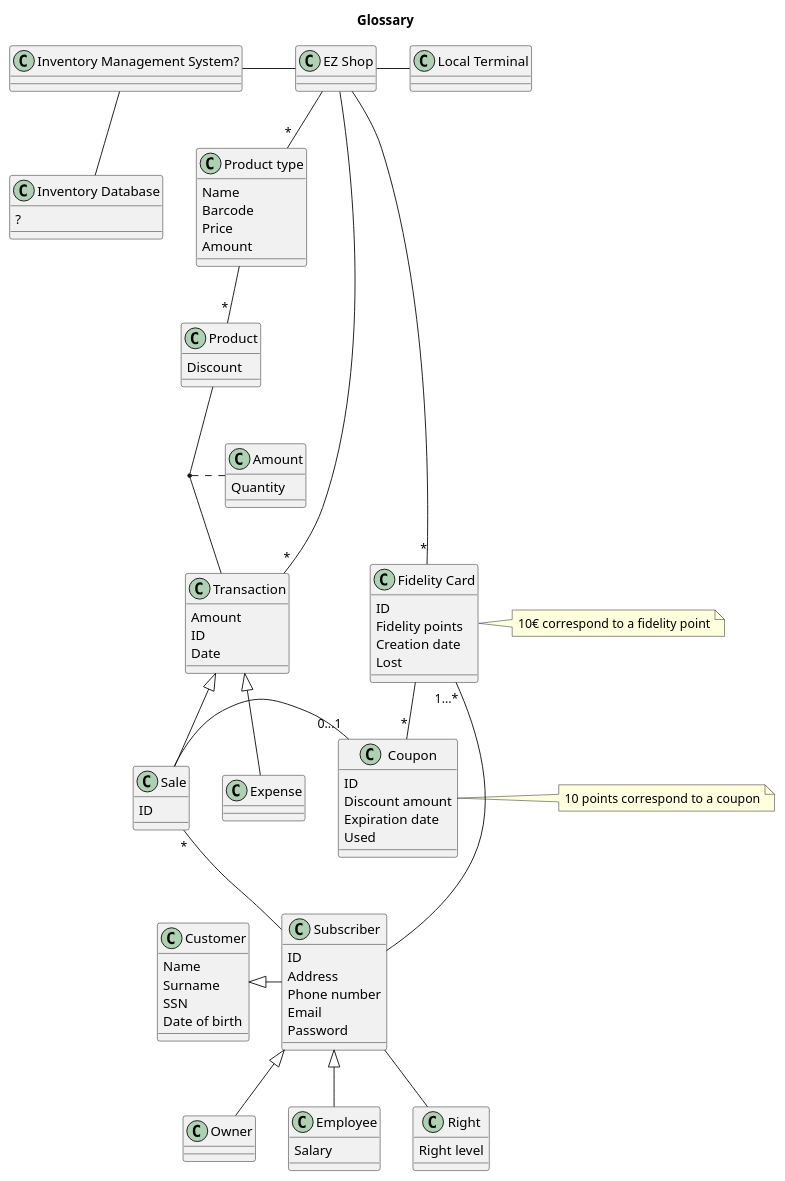
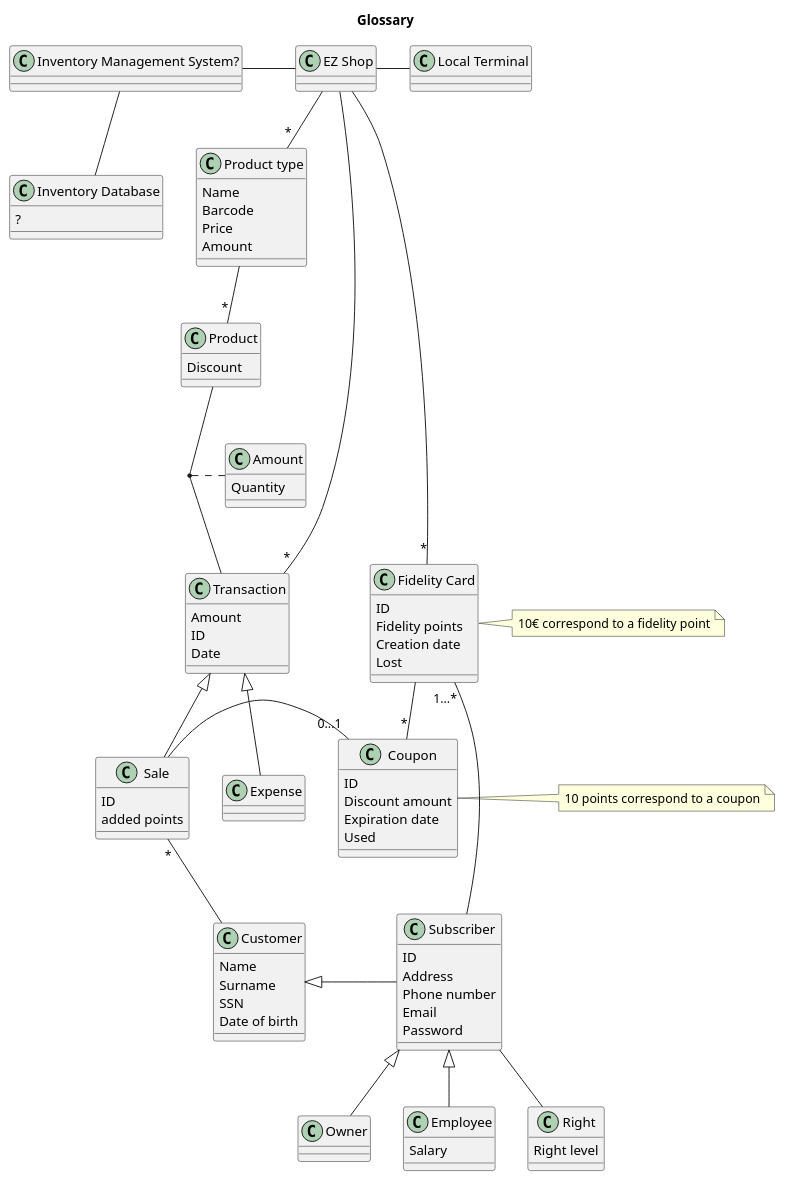
One commit to nicolabattaglino/ezshop changed the second of 4 diagrams in Deliverables/RequirementsDocument.md. Above: the diagram before and after it, drawn with PlantUML.

```diff
--- a/Deliverables/RequirementsDocument.md
+++ b/Deliverables/RequirementsDocument.md
@@ -238,6 +238,7 @@
 
 class "Sale" as sale{
 ID
+added points
 }
 
 class "Amount" as amount{
@@ -271,7 +272,7 @@
 transaction <|-- expense
 fidelityCard -- "*"coupon 
 sale - "0...1"coupon
-sale"*" -- subscriber
+sale"*" -- customer
 (product,transaction). amount
 
 @enduml
```
